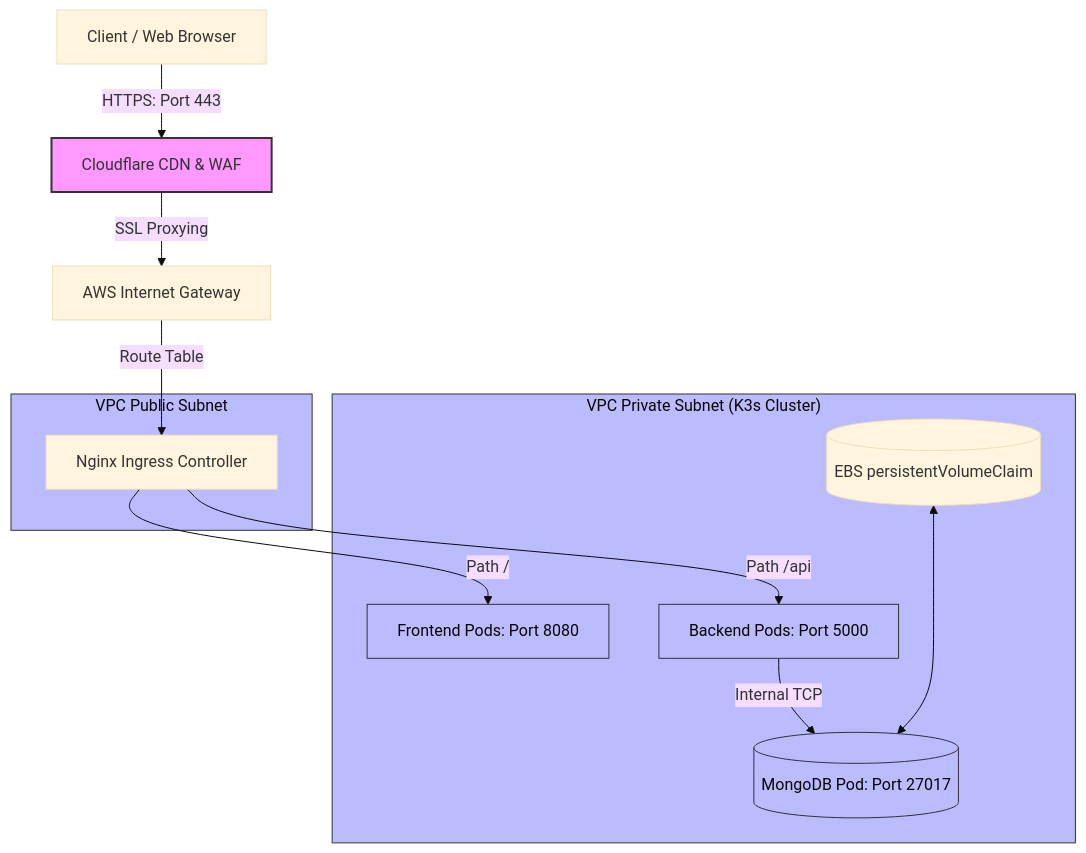
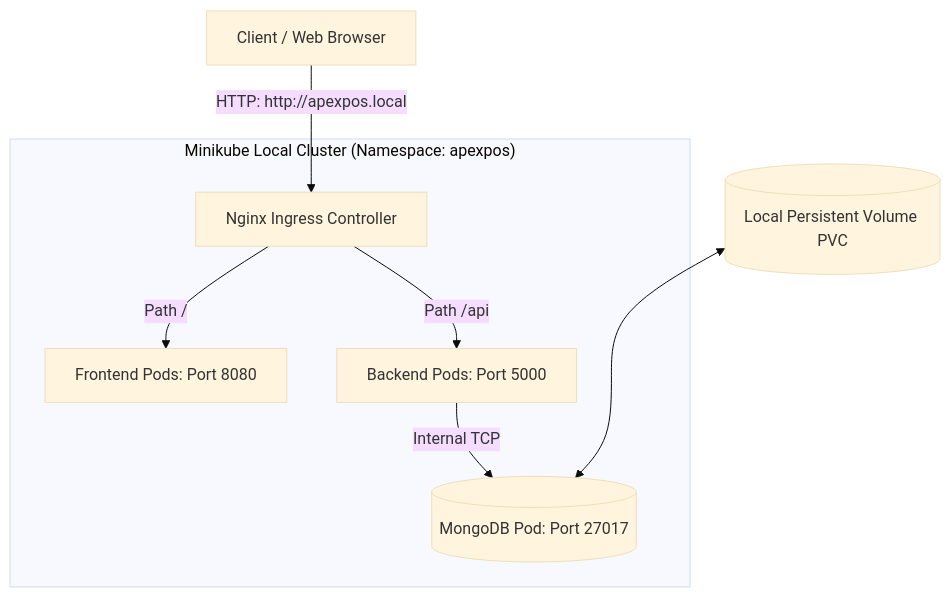
Before and after one commit to Ntharusha/ApexPos_Devops: the first of 3 diagrams in README.md, drawn with Mermaid (base theme). The commit also changed other lines of this file and 18 other files, not shown here.

Commit message:
feat: migrate from AWS to local Minikube K8s setup with Terraform, Ingress, and Prometheus/Grafana stack

````diff
--- a/README.md
+++ b/README.md
@@ -14,22 +14,15 @@
 ```mermaid
 graph TD
-    Client[Client / Web Browser] -->|HTTPS: Port 443| CF[Cloudflare CDN & WAF]
-    CF -->|SSL Proxying| IGW[AWS Internet Gateway]
-    IGW -->|Route Table| Ingress[Nginx Ingress Controller]
+    Client[Client / Web Browser] -->|HTTP: http://apexpos.local| Ingress[Nginx Ingress Controller]
+    Ingress -->|Path /| FE[Frontend Pods: Port 8080]
+    Ingress -->|Path /api| BE[Backend Pods: Port 5000]
+    BE -->|Internal TCP| DB[(MongoDB Pod: Port 27017)]
+    DB-PVC[(Local Persistent Volume PVC)] <---> DB
     
-    subgraph "VPC Public Subnet"
+    subgraph "Minikube Local Cluster (Namespace: apexpos)"
         Ingress
+        FE
+        BE
+        DB
     end
-    
-    subgraph "VPC Private Subnet (K3s Cluster)"
-        Ingress -->|Path /| FE[Frontend Pods: Port 8080]
-        Ingress -->|Path /api| BE[Backend Pods: Port 5000]
-        BE -->|Internal TCP| DB[(MongoDB Pod: Port 27017)]
-        DB-PVC[(EBS persistentVolumeClaim)] <---> DB
-    end
-    
-    classDef cloud fill:#f9f,stroke:#333,stroke-width:2px;
-    classDef cluster fill:#bbf,stroke:#333,stroke-width:1px;
-    class CF cloud;
-    class FE,BE,DB cluster;
 ```
````
